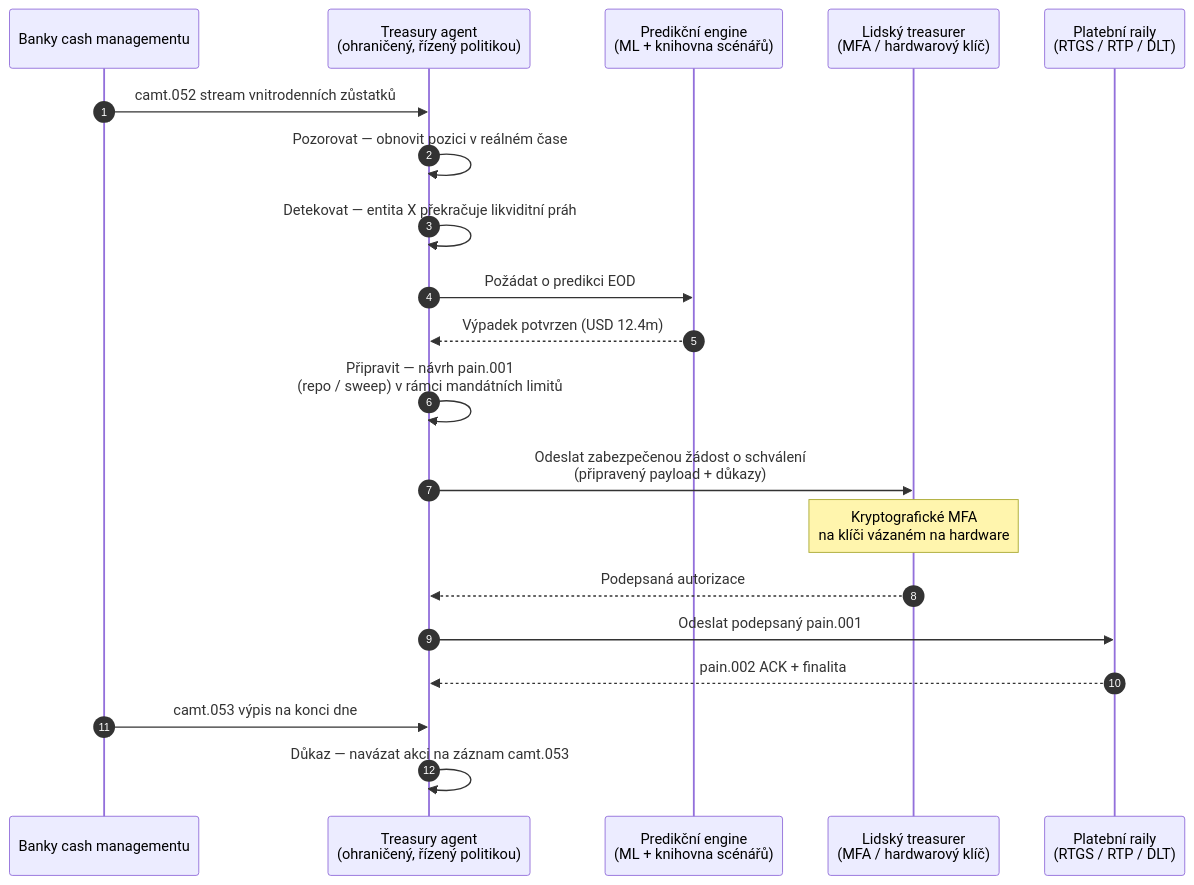
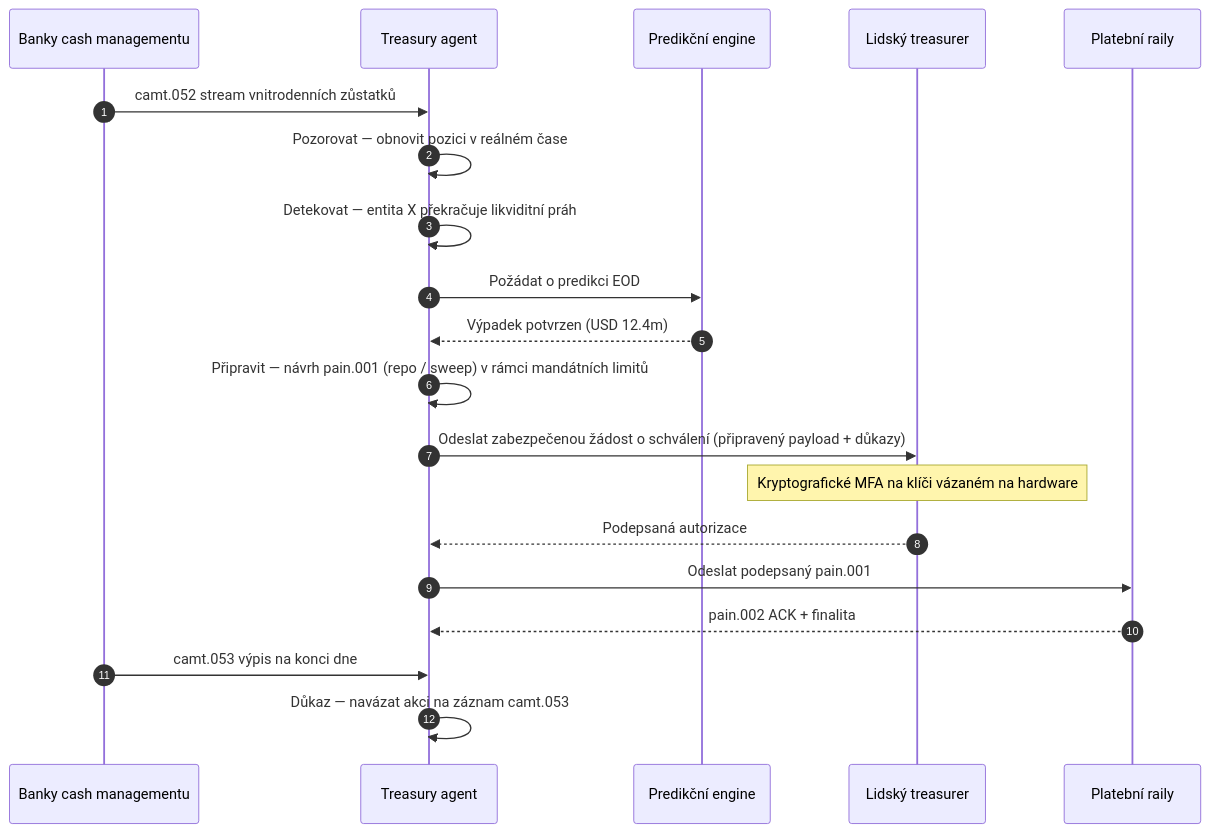
Before and after one commit to sebastienrousseau/sebastienrousseau.github.io: the diagram in _posts/cs/2026-06-07-autonomous-treasury-index-programmable-liquidity-tokenised-deposits-2026.md, drawn with Mermaid. The commit also changed 2231 other files, not shown here.

First line of the commit message:
fix(mermaid): unblock Mermaid v10 rendering end-to-end (#198)

````diff
--- a/_posts/cs/2026-06-07-autonomous-treasury-index-programmable-liquidity-tokenised-deposits-2026.md
+++ b/_posts/cs/2026-06-07-autonomous-treasury-index-programmable-liquidity-tokenised-deposits-2026.md
@@ -154,23 +154,22 @@
 ```mermaid
 sequenceDiagram
     autonumber
     participant Banks as Banky cash managementu
-    participant Agent as Treasury agent<br/>(ohraničený, řízený politikou)
-    participant Forecast as Predikční engine<br/>(ML + knihovna scénářů)
-    participant Treasurer as Lidský treasurer<br/>(MFA / hardwarový klíč)
-    participant Rails as Platební raily<br/>(RTGS / RTP / DLT)
-
+    participant Agent as Treasury agent
+    participant Forecast as Predikční engine
+    participant Treasurer as Lidský treasurer
+    participant Rails as Platební raily
     Banks->>Agent: camt.052 stream vnitrodenních zůstatků
     Agent->>Agent: Pozorovat — obnovit pozici v reálném čase
     Agent->>Agent: Detekovat — entita X překračuje likviditní práh
     Agent->>Forecast: Požádat o predikci EOD
     Forecast-->>Agent: Výpadek potvrzen (USD 12.4m)
-    Agent->>Agent: Připravit — návrh pain.001<br/>(repo / sweep) v rámci mandátních limitů
-    Agent->>Treasurer: Odeslat zabezpečenou žádost o schválení<br/>(připravený payload + důkazy)
-    Note over Treasurer: Kryptografické MFA<br/>na klíči vázaném na hardware
+    Agent->>Agent: Připravit — návrh pain.001 (repo / sweep) v rámci mandátních limitů
+    Agent->>Treasurer: Odeslat zabezpečenou žádost o schválení (připravený payload + důkazy)
+    Note over Treasurer: Kryptografické MFA na klíči vázaném na hardware
     Treasurer-->>Agent: Podepsaná autorizace
     Agent->>Rails: Odeslat podepsaný pain.001
     Rails-->>Agent: pain.002 ACK + finalita
     Banks->>Agent: camt.053 výpis na konci dne
     Agent->>Agent: Důkaz — navázat akci na záznam camt.053
 ```
````
